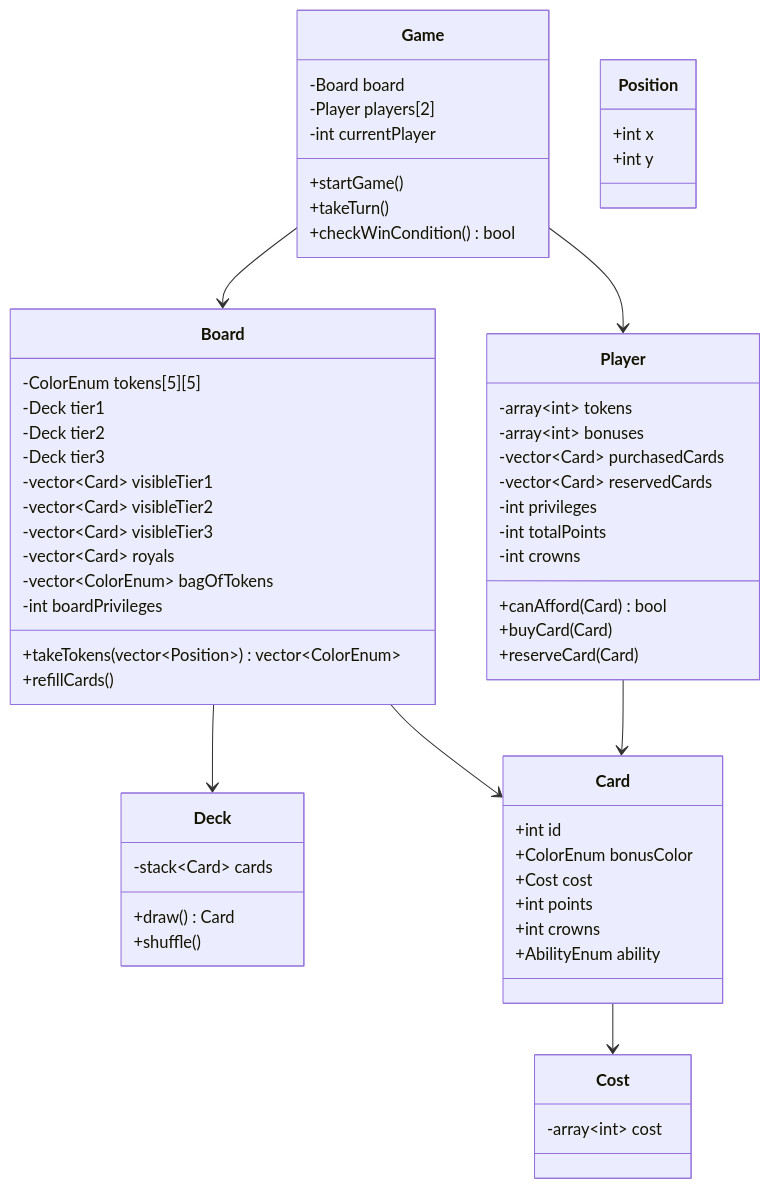
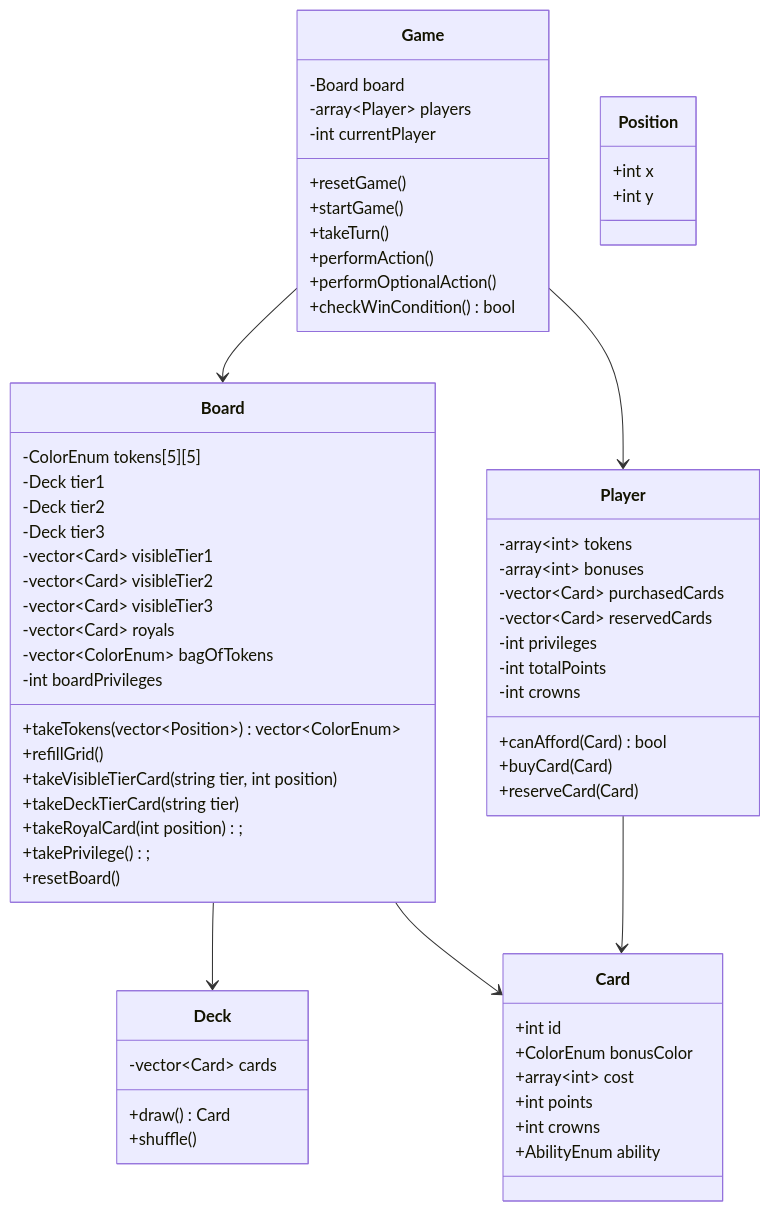
Before and after one commit to josephc8464/SplendorDuel: the diagram in docs/ClassDiagrams/ClassDiagram.mmd, drawn with Mermaid.

Commit message:
Refactored class diagram

```diff
--- a/docs/ClassDiagrams/ClassDiagram.mmd
+++ b/docs/ClassDiagrams/ClassDiagram.mmd
@@ -1,69 +1,72 @@
 classDiagram
 
 class Game {
     -Board board
-    -Player players[2]
+    -array~Player~ players
     -int currentPlayer
+    +resetGame()
     +startGame()
     +takeTurn()
+    +performAction()
+    +performOptionalAction()
     +checkWinCondition() bool
 }
 
 class Board {
     -ColorEnum tokens[5][5]
     -Deck tier1
     -Deck tier2
     -Deck tier3
     -vector~Card~ visibleTier1
     -vector~Card~ visibleTier2
     -vector~Card~ visibleTier3
     -vector~Card~ royals
     -vector~ColorEnum~ bagOfTokens
     -int boardPrivileges
     +takeTokens(vector~Position~) vector~ColorEnum~
-    +refillCards()
+    +refillGrid()
+    +takeVisibleTierCard(string tier, int position)
+    +takeDeckTierCard(string tier)
+    +takeRoyalCard(int position);
+    +takePrivilege();
+    +resetBoard()
 }
 
 class Player {
     -array~int~ tokens
     -array~int~ bonuses
     -vector~Card~ purchasedCards
     -vector~Card~ reservedCards
     -int privileges
     -int totalPoints
     -int crowns
     +canAfford(Card) bool
     +buyCard(Card)
     +reserveCard(Card)
 }
 
 class Deck {
-    -stack~Card~ cards
+    -vector~Card~ cards
     +draw() Card
     +shuffle()
 }
 
 class Card {
     +int id
     +ColorEnum bonusColor
-    +Cost cost
+    +array~int~ cost
     +int points
     +int crowns
     +AbilityEnum ability
-}
-
-class Cost {
-    -array~int~ cost
 }
 
 class Position {
     +int x
     +int y
 }
 
 Game --> Board
 Game --> Player
 Board --> Deck
 Board --> Card
 Player --> Card
-Card --> Cost
```
